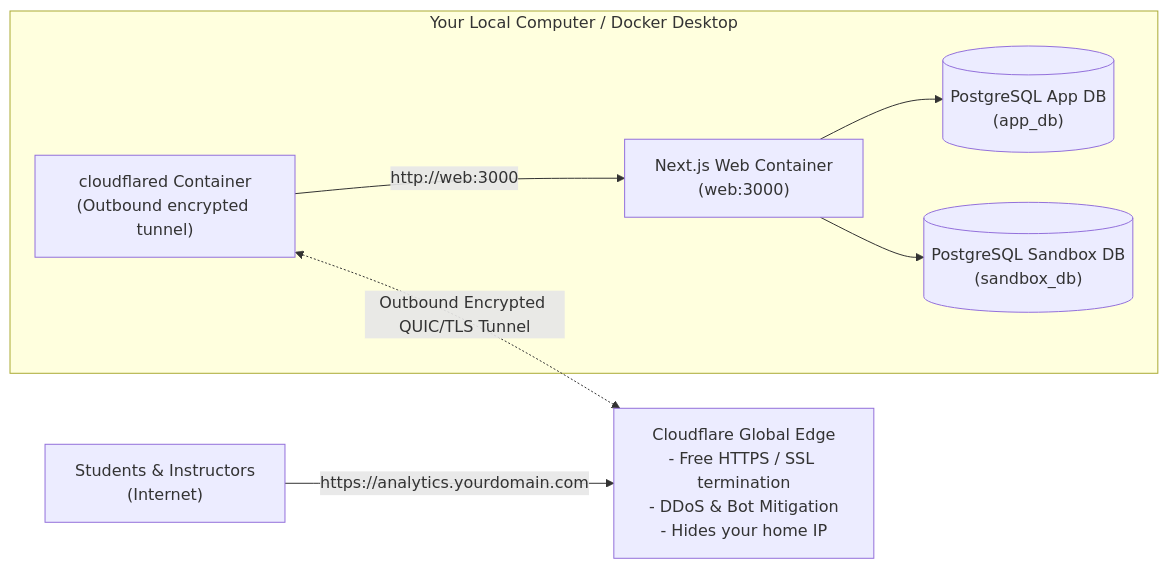
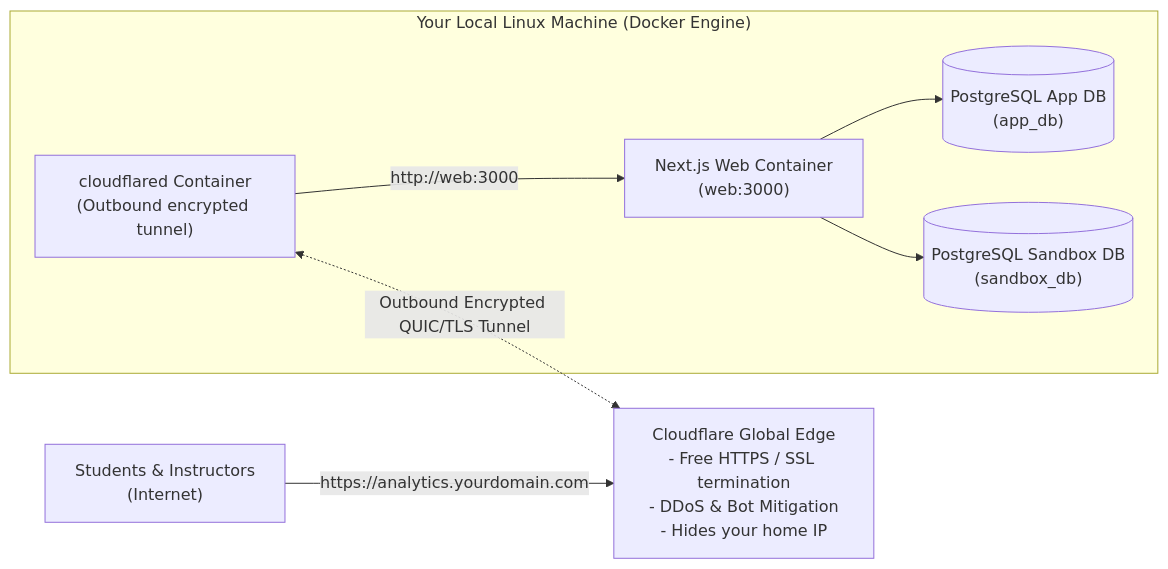
One commit to stonehappi/db_for_business_analytics changed the diagram in LOCAL_TUNNEL_GUIDE.md. Above: the diagram before and after it, drawn with Mermaid. The commit also changed other lines of this file and 1 other file, not shown here.

Commit message:
chore(ops): remove powershell script and align tunnel guide strictly to linux docker

````diff
--- a/LOCAL_TUNNEL_GUIDE.md
+++ b/LOCAL_TUNNEL_GUIDE.md
@@ -10,18 +10,18 @@
 ```mermaid
 flowchart LR
     Students["Students & Instructors<br/>(Internet)"]
     Cloudflare["Cloudflare Global Edge<br/>- Free HTTPS / SSL termination<br/>- DDoS & Bot Mitigation<br/>- Hides your home IP"]
     
-    subgraph LocalMachine["Your Local Computer / Docker Desktop"]
+    subgraph LinuxHost["Your Local Linux Machine (Docker Engine)"]
         Tunnel["cloudflared Container<br/>(Outbound encrypted tunnel)"]
         Web["Next.js Web Container<br/>(web:3000)"]
         AppDB[("PostgreSQL App DB<br/>(app_db)")]
         SandboxDB[("PostgreSQL Sandbox DB<br/>(sandbox_db)")]
     end
 
     Students -->|https://analytics.yourdomain.com| Cloudflare
     Tunnel <-.->|Outbound Encrypted QUIC/TLS Tunnel| Cloudflare
     Tunnel -->|http://web:3000| Web
     Web --> AppDB
     Web --> SandboxDB
 ```
````
